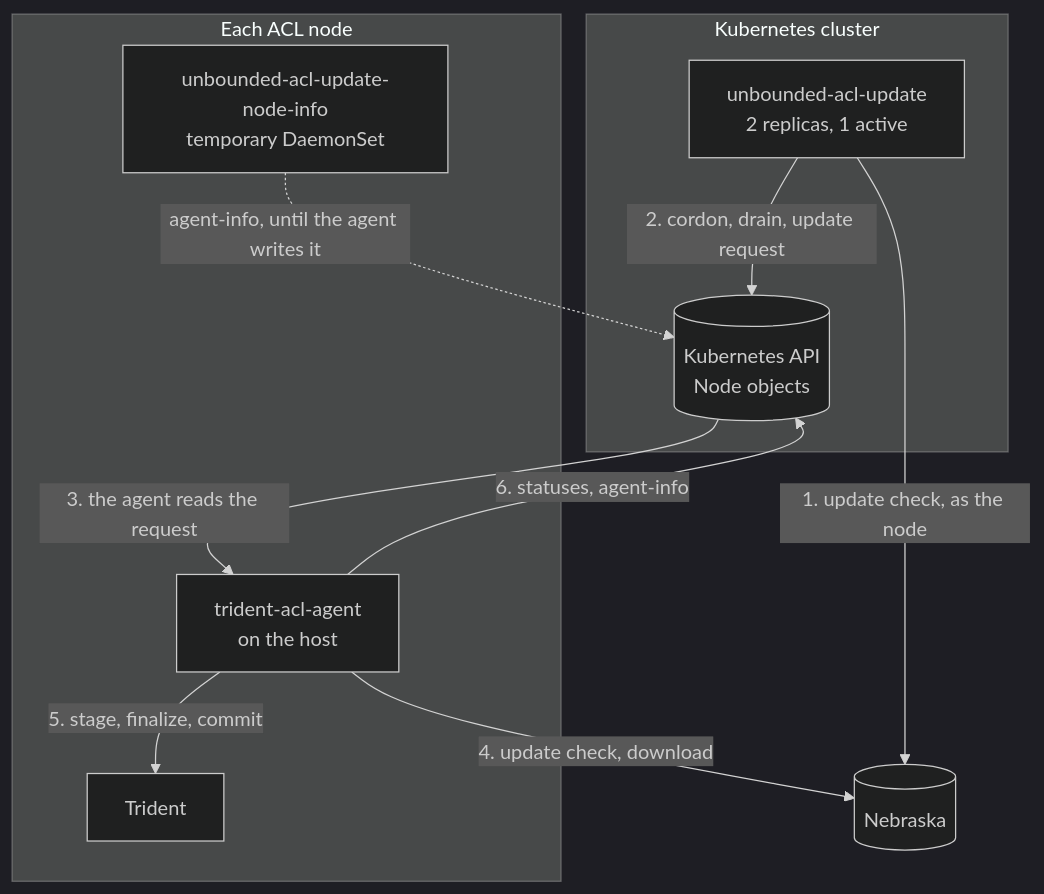
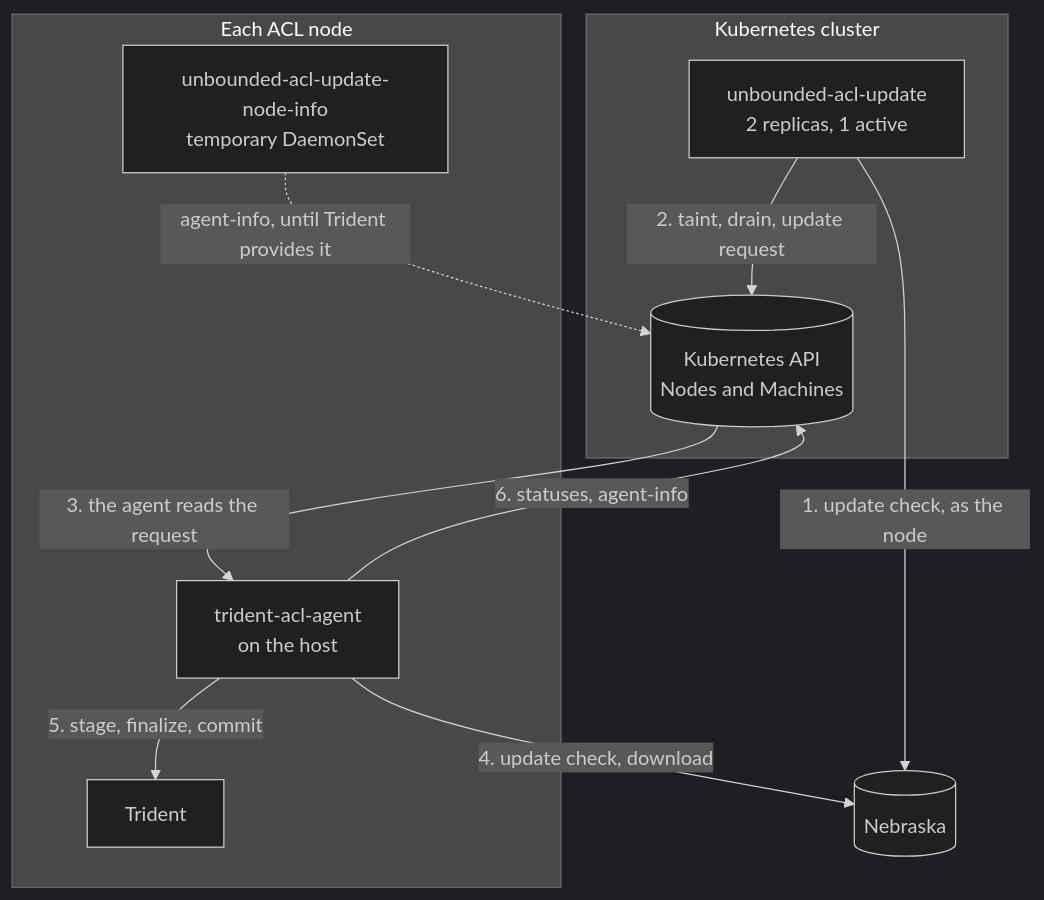
One commit to Azure/unbounded changed the first of 4 diagrams in designs/unbounded-acl-update.md. Above: the diagram before and after it, drawn with Mermaid (dark theme). The commit also changed other lines of this file, not shown here.

````diff
--- a/designs/unbounded-acl-update.md
+++ b/designs/unbounded-acl-update.md
@@ -207,21 +124,21 @@
 ```mermaid
 flowchart TB
     Nebraska[("Nebraska")]
     subgraph cluster["Kubernetes cluster"]
         Service["unbounded-acl-update<br/>2 replicas, 1 active"]
-        API[("Kubernetes API<br/>Node objects")]
+        API[("Kubernetes API<br/>Nodes and Machines")]
     end
     subgraph aclnode["Each ACL node"]
         Agent["trident-acl-agent<br/>on the host"]
         Info["unbounded-acl-update-node-info<br/>temporary DaemonSet"]
         Trident["Trident"]
     end
 
     Service -->|"1. update check, as the node"| Nebraska
-    Service -->|"2. cordon, drain, update request"| API
+    Service -->|"2. taint, drain, update request"| API
     API -->|"3. the agent reads the request"| Agent
     Agent -->|"4. update check, download"| Nebraska
     Agent -->|"5. stage, finalize, commit"| Trident
     Agent -->|"6. statuses, agent-info"| API
-    Info -.->|"agent-info, until the agent writes it"| API
+    Info -.->|"agent-info, until Trident provides it"| API
 ```
````
